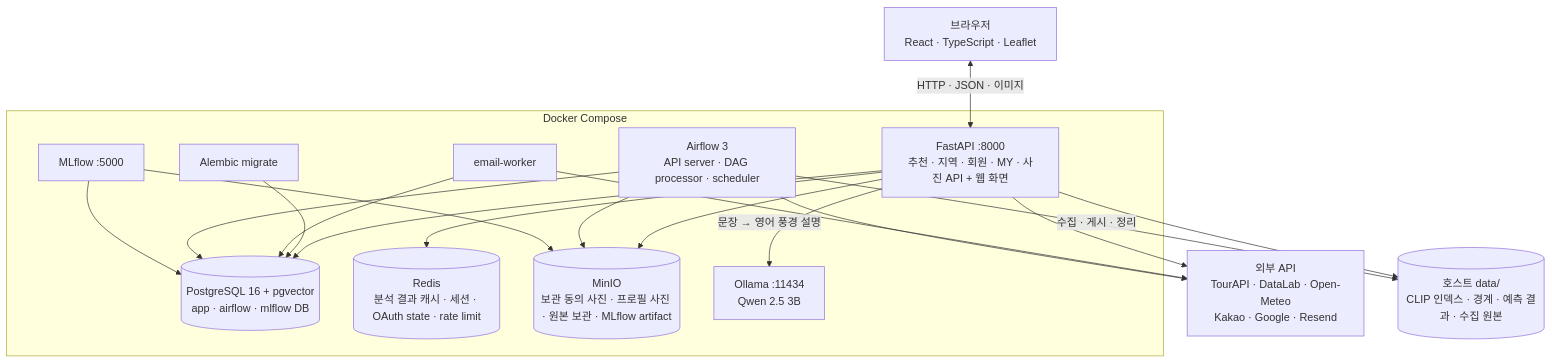
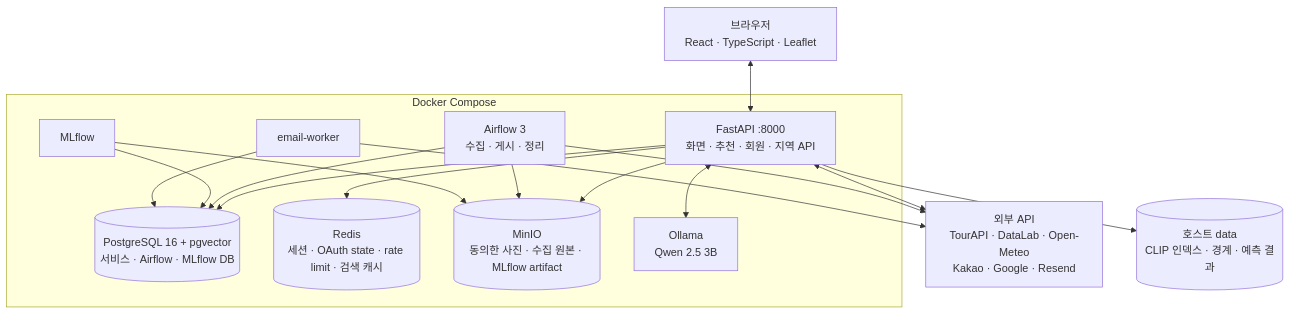
The third of 3 diagrams in README.md (pihet/abroad-to-korea), drawn with Mermaid before and after one commit. The commit also changed other lines of this file and 3 other files, not shown here.

````diff
--- a/README.md
+++ b/README.md
@@ -80,35 +87,32 @@
 ```mermaid
 flowchart TB
-  USER["브라우저<br/>React · TypeScript · Leaflet"]
-  EXT["외부 API<br/>TourAPI · DataLab · Open-Meteo<br/>Kakao · Google · Resend"]
-  FILES[("호스트 data/<br/>CLIP 인덱스 · 경계 · 예측 결과 · 수집 원본")]
+  USER[브라우저<br/>React · TypeScript · Leaflet]
+  EXT[외부 API<br/>TourAPI · DataLab · Open-Meteo<br/>Kakao · Google · Resend]
+  FILES[(호스트 data<br/>CLIP 인덱스 · 경계 · 예측 결과)]
 
-  subgraph COMPOSE["Docker Compose"]
-    API["FastAPI :8000<br/>추천 · 지역 · 회원 · MY · 사진 API + 웹 화면"]
-    PG[("PostgreSQL 16 + pgvector<br/>app · airflow · mlflow DB")]
-    REDIS[("Redis<br/>분석 결과 캐시 · 세션 · OAuth state · rate limit")]
-    MINIO[("MinIO<br/>보관 동의 사진 · 프로필 사진 · 원본 보관 · MLflow artifact")]
-    MAIL["email-worker"]
-    MIG["Alembic migrate"]
-    AF["Airflow 3<br/>API server · DAG processor · scheduler"]
-    MLFLOW["MLflow :5000"]
-    OLLAMA["Ollama :11434<br/>Qwen 2.5 3B"]
+  subgraph COMPOSE[Docker Compose]
+    API[FastAPI :8000<br/>화면 · 추천 · 회원 · 지역 API]
+    PG[(PostgreSQL 16 + pgvector<br/>서비스 · Airflow · MLflow DB)]
+    REDIS[(Redis<br/>세션 · OAuth state · rate limit · 검색 캐시)]
+    MINIO[(MinIO<br/>동의한 사진 · 수집 원본 · MLflow artifact)]
+    OLLAMA[Ollama<br/>Qwen 2.5 3B]
+    AF[Airflow 3<br/>수집 · 게시 · 정리]
+    MLFLOW[MLflow]
+    MAIL[email-worker]
   end
 
-  USER <-- "HTTP · JSON · 이미지" --> API
-  API --> FILES
+  USER <--> API
   API --> PG
   API --> REDIS
   API --> MINIO
-  API --> EXT
-  API -- "문장 → 영어 풍경 설명" --> OLLAMA
-  MIG --> PG
-  MAIL --> PG
-  MAIL --> EXT
-  AF -- "수집 · 게시 · 정리" --> FILES
+  API --> FILES
+  API <--> OLLAMA
+  API <--> EXT
   AF --> PG
   AF --> MINIO
   AF --> EXT
   MLFLOW --> PG
   MLFLOW --> MINIO
+  MAIL --> PG
+  MAIL --> EXT
 ```
````
